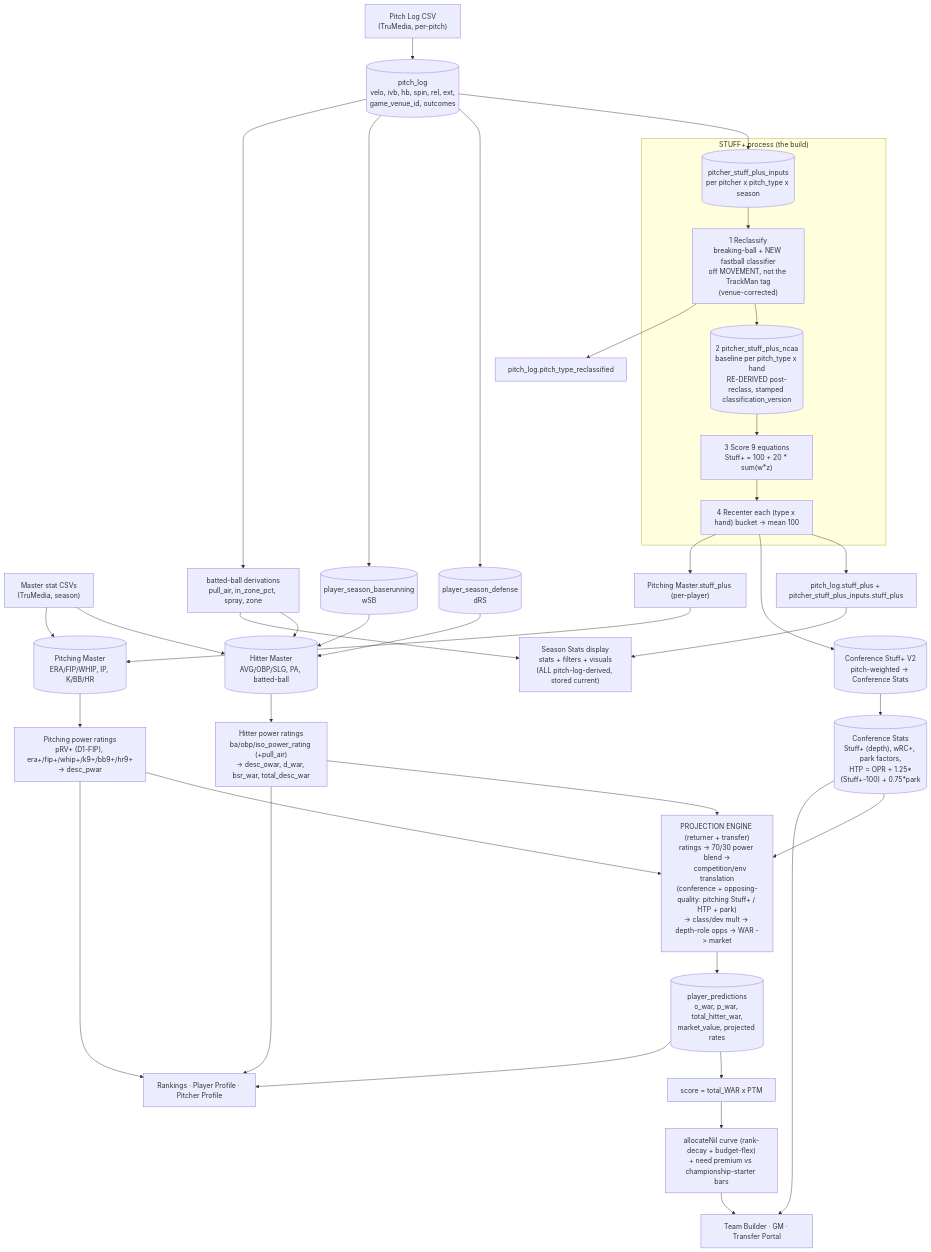
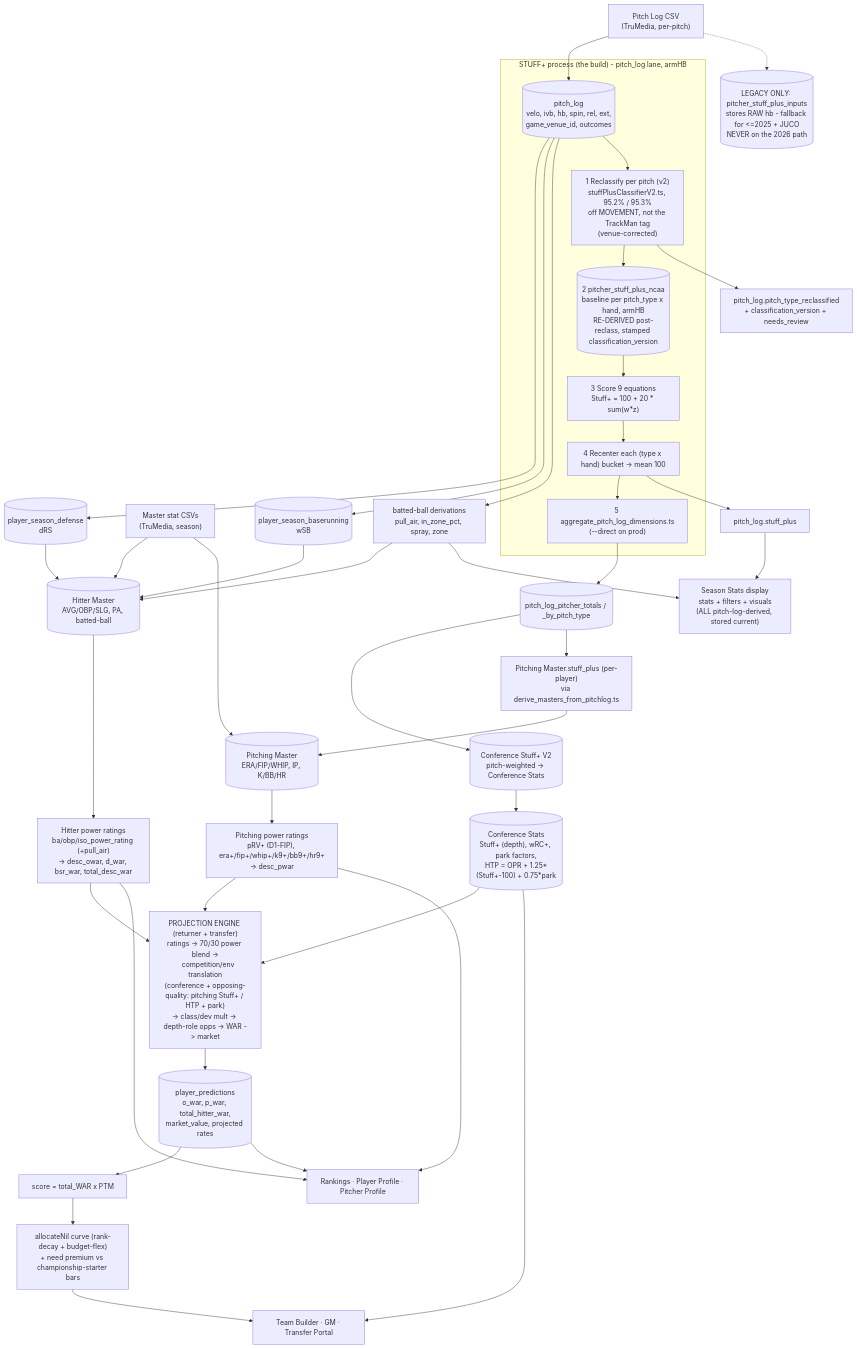
One commit to TrevorPowers21/diamond-predictor-66 changed the diagram in docs/PIPELINE_pitch_log_to_projections.md. Above: the diagram before and after it, drawn with Mermaid. The commit also changed other lines of this file and 9 other files, not shown here.

````diff
--- a/docs/PIPELINE_pitch_log_to_projections.md
+++ b/docs/PIPELINE_pitch_log_to_projections.md
@@ -19,58 +40,60 @@
 ```mermaid
 flowchart TD
     %% ---- INGEST (two lanes) ----
     CSV1["Pitch Log CSV<br/>(TruMedia, per-pitch)"] --> PL[("pitch_log<br/>velo, ivb, hb, spin, rel, ext,<br/>game_venue_id, outcomes")]
     CSV2["Master stat CSVs<br/>(TruMedia, season)"] --> HM[("Hitter Master<br/>AVG/OBP/SLG, PA, batted-ball")]
     CSV2 --> PMA[("Pitching Master<br/>ERA/FIP/WHIP, IP, K/BB/HR")]
 
     %% ---- DERIVE from pitch_log ----
-    PL --> SPI[("pitcher_stuff_plus_inputs<br/>per pitcher x pitch_type x season")]
     PL --> DEF[("player_season_defense<br/>dRS")]
     PL --> BSR[("player_season_baserunning<br/>wSB")]
     PL --> HD["batted-ball derivations<br/>pull_air, in_zone_pct, spray, zone"]
+    CSV1 -.-> SPI[("LEGACY ONLY: pitcher_stuff_plus_inputs<br/>stores RAW hb - fallback for &lt;=2025 + JUCO<br/>NEVER on the 2026 path")]
 
-    %% ---- STUFF+ process (THE BUILD) ----
-    subgraph SP["STUFF+ process  (the build)"]
-      SPI --> RC["1 Reclassify<br/>breaking-ball + NEW fastball classifier<br/>off MOVEMENT, not the TrackMan tag<br/>(venue-corrected)"]
-      RC --> BASE[("2 pitcher_stuff_plus_ncaa<br/>baseline per pitch_type x hand<br/>RE-DERIVED post-reclass, stamped classification_version")]
+    %% ---- STUFF+ process (THE BUILD) - pitch_log lane ----
+    subgraph SP["STUFF+ process  (the build) - pitch_log lane, armHB"]
+      PL --> RC["1 Reclassify per pitch (v2)<br/>stuffPlusClassifierV2.ts, 95.2% / 95.3%<br/>off MOVEMENT, not the TrackMan tag<br/>(venue-corrected)"]
+      RC --> BASE[("2 pitcher_stuff_plus_ncaa<br/>baseline per pitch_type x hand, armHB<br/>RE-DERIVED post-reclass, stamped classification_version")]
       BASE --> SCORE["3 Score 9 equations<br/>Stuff+ = 100 + 20 * sum(w*z)"]
       SCORE --> RECEN["4 Recenter each (type x hand) bucket -> mean 100"]
+      RECEN --> AGG["5 aggregate_pitch_log_dimensions.ts<br/>(--direct on prod)"]
     end
-    RC --> PLR["pitch_log.pitch_type_reclassified"]
-    RECEN --> PLSP["pitch_log.stuff_plus + pitcher_stuff_plus_inputs.stuff_plus"]
-    RECEN --> CONFSP[("Conference Stuff+ V2<br/>pitch-weighted -> Conference Stats")]
-    RECEN --> PMSP["Pitching Master.stuff_plus (per-player)"]
+    RC --> PLR["pitch_log.pitch_type_reclassified<br/>+ classification_version + needs_review"]
+    RECEN --> PLSP["pitch_log.stuff_plus"]
+    AGG --> TOT[("pitch_log_pitcher_totals / _by_pitch_type")]
+    TOT --> CONFSP[("Conference Stuff+ V2<br/>pitch-weighted -> Conference Stats")]
+    TOT --> PMSP["Pitching Master.stuff_plus (per-player)<br/>via derive_masters_from_pitchlog.ts"]
 
     %% ---- MARRY pitch-log derivations onto Masters ----
     HD --> HM
     DEF --> HM
     BSR --> HM
     PMSP --> PMA
 
     %% ---- POWER RATINGS (Masters) ----
     HM --> HRAT["Hitter power ratings<br/>ba/obp/iso_power_rating (+pull_air)<br/>-> desc_owar, d_war, bsr_war, total_desc_war"]
     PMA --> PRAT["Pitching power ratings<br/>pRV+ (D1-FIP), era+/fip+/whip+/k9+/bb9+/hr9+<br/>-> desc_pwar"]
 
     %% ---- CONFERENCE BASELINES ----
     CONFSP --> CB[("Conference Stats<br/>Stuff+ (depth), wRC+, park factors,<br/>HTP = OPR + 1.25*(Stuff+-100) + 0.75*park")]
 
     %% ---- PROJECTIONS (returner + transfer engine) ----
     HRAT --> ENG["PROJECTION ENGINE (returner + transfer)<br/>ratings -> 70/30 power blend ->
     competition/env translation<br/>(conference + opposing-quality: pitching Stuff+ / HTP + park)<br/>-> class/dev mult -> depth-role opps -> WAR -> market"]
     PRAT --> ENG
     CB --> ENG
     ENG --> PRED[("player_predictions<br/>o_war, p_war, total_hitter_war,<br/>market_value, projected rates")]
 
     %% ---- NIL + NEED ----
     PRED --> NSC["score = total_WAR x PTM"]
     NSC --> ALLOC["allocateNil curve (rank-decay + budget-flex)<br/>+ need premium vs championship-starter bars"]
 
     %% ---- DISPLAY ----
     PRED --> DR["Rankings · Player Profile · Pitcher Profile"]
     PLSP --> DS["Season Stats display<br/>stats + filters + visuals<br/>(ALL pitch-log-derived, stored current)"]
     HD --> DS
     CB --> DT["Team Builder · GM · Transfer Portal"]
     ALLOC --> DT
     PRAT --> DR
     HRAT --> DR
 ```
````
